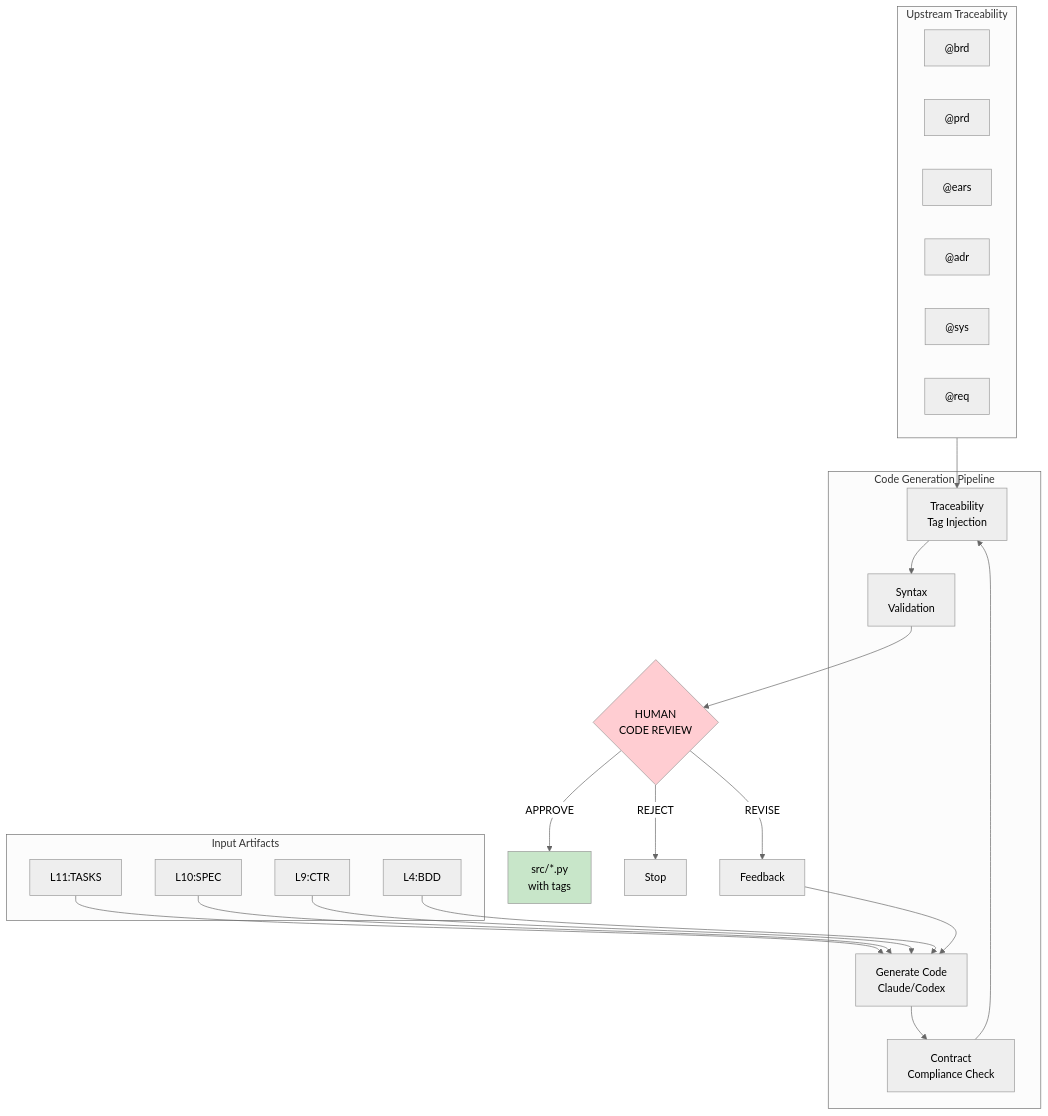
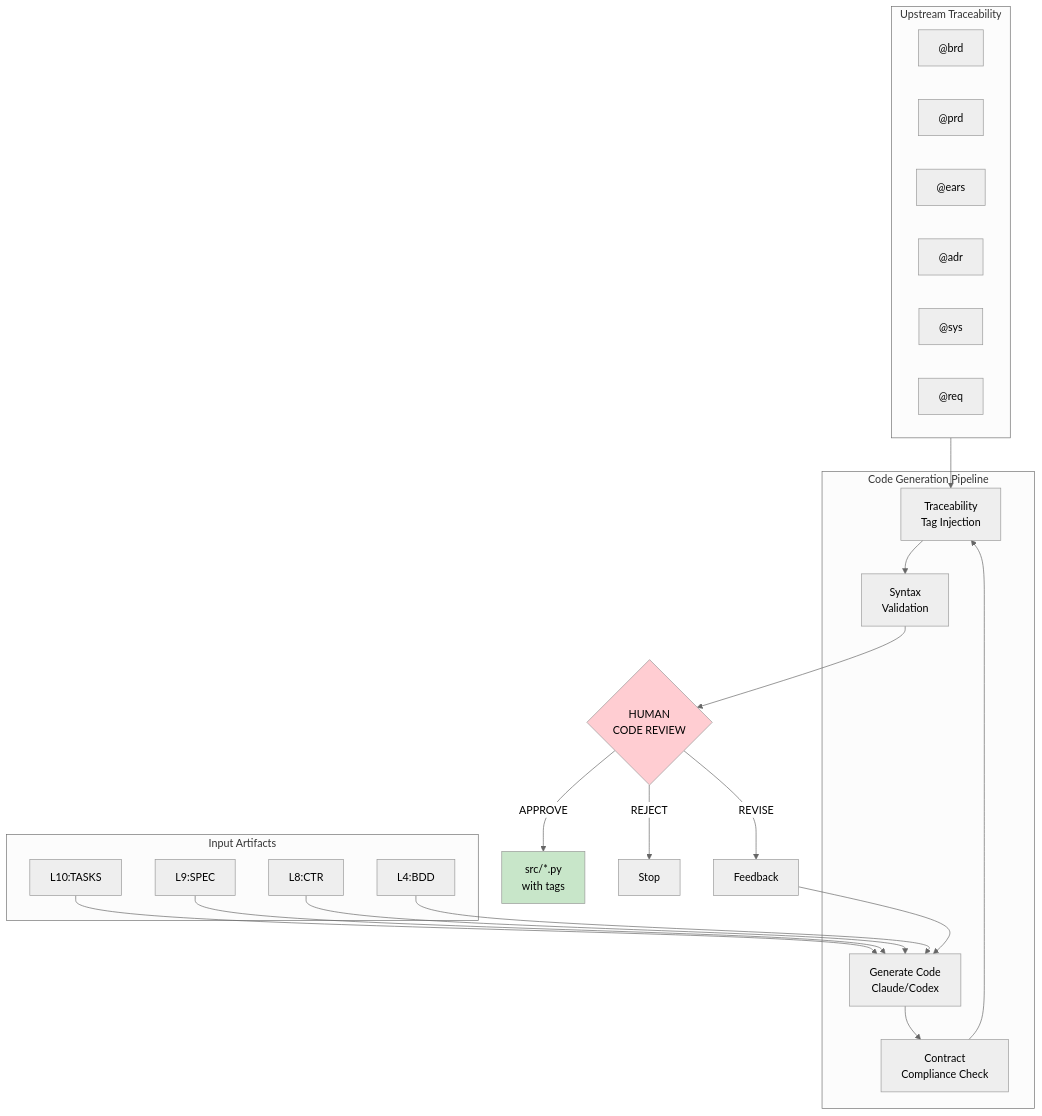
One commit to vladm3105/aidoc-flow-framework changed the third of 8 diagrams in ai_dev_flow/SDD_AUTOMATION_WORKFLOW.md. Above: the diagram before and after it, drawn with Mermaid (neutral theme). The commit also changed other lines of this file and 146 other files, not shown here.

Commit message:
refactor: Restructure documentation framework by reordering CTR, SPEC, and TASKS layers and removing the IMPL layer.

````diff
--- a/ai_dev_flow/SDD_AUTOMATION_WORKFLOW.md
+++ b/ai_dev_flow/SDD_AUTOMATION_WORKFLOW.md
@@ -157,38 +154,38 @@
 ```mermaid
 flowchart TB
     subgraph Inputs["Input Artifacts"]
-        TASKS[L11:TASKS]
-        SPEC[L10:SPEC]
-        CTR[L9:CTR]
+        TASKS[L10:TASKS]
+        SPEC[L9:SPEC]
+        CTR[L8:CTR]
         BDD[L4:BDD]
     end
 
     subgraph Tags["Upstream Traceability"]
         BRD_TAG["@brd"]
         PRD_TAG["@prd"]
         EARS_TAG["@ears"]
         ADR_TAG["@adr"]
         SYS_TAG["@sys"]
         REQ_TAG["@req"]
     end
 
     subgraph Generation["Code Generation Pipeline"]
         GEN[Generate Code<br/>Claude/Codex] --> VALIDATE[Contract<br/>Compliance Check]
         VALIDATE --> TRACE[Traceability<br/>Tag Injection]
         TRACE --> SYNTAX[Syntax<br/>Validation]
     end
 
     TASKS --> GEN
     SPEC --> GEN
     CTR --> GEN
     BDD --> GEN
     Tags --> TRACE
 
     SYNTAX --> REVIEW{HUMAN<br/>CODE REVIEW}
     REVIEW --> |APPROVE| OUTPUT[src/*.py<br/>with tags]
     REVIEW --> |REVISE| FEEDBACK[Feedback] --> GEN
     REVIEW --> |REJECT| STOP[Stop]
 
     style REVIEW fill:#ffcdd2
     style OUTPUT fill:#c8e6c9
 ```
````
